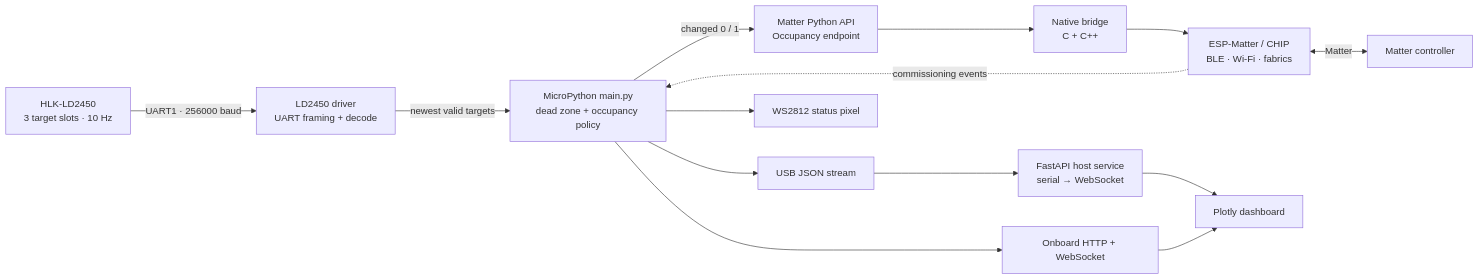
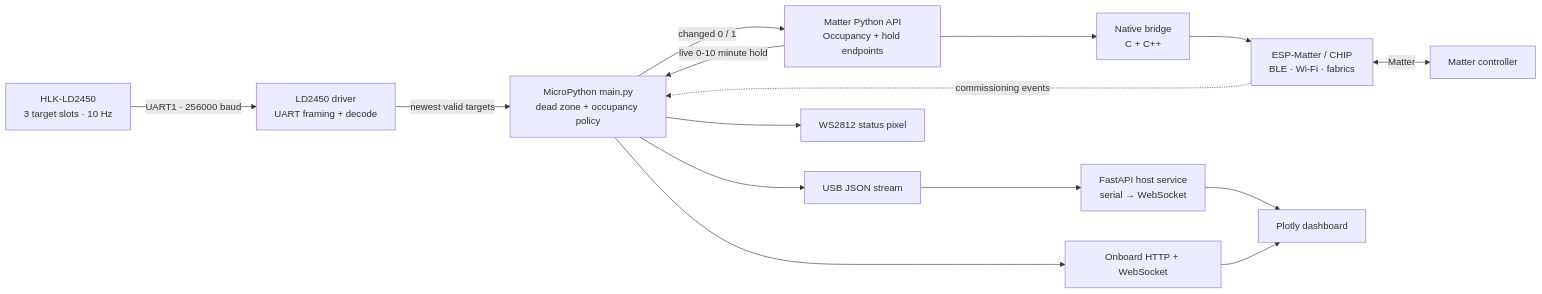
One commit to khlam/micropython-boardfarm changed the first of 3 diagrams in projects/matter-ld2450/README.md. Above: the diagram before and after it, drawn with Mermaid. The commit also changed other lines of this file and 1 other file, not shown here.

Commit message:
virtual dimmable light configures how long occupancy remains on after the last valid target disappears. Reacquiring a target cancels the pending clear

````diff
--- a/projects/matter-ld2450/README.md
+++ b/projects/matter-ld2450/README.md
@@ -21,27 +42,28 @@
 ```mermaid
 flowchart LR
     radar["HLK-LD2450<br/>3 target slots · 10 Hz"]
     driver["LD2450 driver<br/>UART framing + decode"]
     policy["MicroPython main.py<br/>dead zone + occupancy policy"]
-    matter["Matter Python API<br/>Occupancy endpoint"]
+    matter["Matter Python API<br/>Occupancy + hold endpoints"]
     native["Native bridge<br/>C + C++"]
     stack["ESP-Matter / CHIP<br/>BLE · Wi-Fi · fabrics"]
     controller["Matter controller"]
 
     serial["USB JSON stream"]
     backend["FastAPI host service<br/>serial → WebSocket"]
     onboard["Onboard HTTP + WebSocket"]
     browser["Plotly dashboard"]
     pixel["WS2812 status pixel"]
 
     radar -->|"UART1 · 256000 baud"| driver
     driver -->|"newest valid targets"| policy
     policy -->|"changed 0 / 1"| matter
+    matter -->|"live 0-10 minute hold"| policy
     matter --> native --> stack
     stack <-->|Matter| controller
 
     policy --> serial --> backend --> browser
     policy --> onboard --> browser
     stack -.->|"commissioning events"| policy
     policy --> pixel
 ```
````
